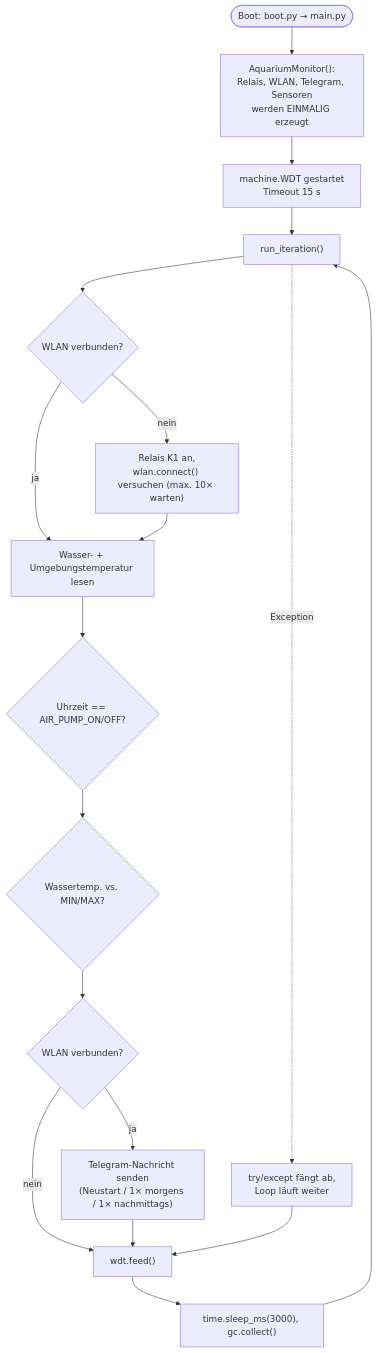
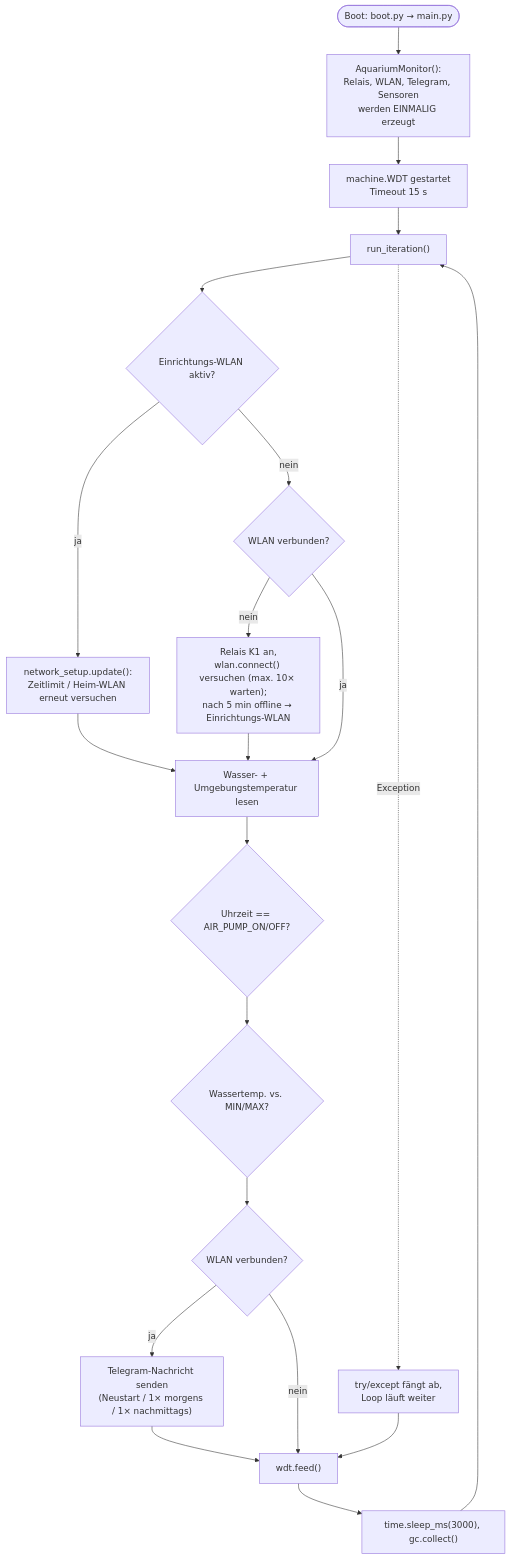
One commit to michael-mammut/temperatur-monitoring changed the second of 4 diagrams in README.md. Above: the diagram before and after it, drawn with Mermaid. The commit also changed other lines of this file and 29 other files, not shown here.

First line of the commit message:
Einrichtungs-WLAN, Telegram-Zeitlimit, Speicher-Fixes für ESP32 ohne PSRAM

````diff
--- a/README.md
+++ b/README.md
@@ -42,21 +42,24 @@
 ```mermaid
 flowchart TD
     Boot(["Boot: boot.py → main.py"]) --> Init["AquariumMonitor():<br/>Relais, WLAN, Telegram, Sensoren<br/>werden EINMALIG erzeugt"]
     Init --> WDT["machine.WDT gestartet<br/>Timeout 15 s"]
     WDT --> Loop["run_iteration()"]
 
-    Loop --> WifiCheck{"WLAN verbunden?"}
-    WifiCheck -- nein --> Reconnect["Relais K1 an,<br/>wlan.connect() versuchen (max. 10× warten)"]
+    Loop --> SetupCheck{"Einrichtungs-WLAN aktiv?"}
+    SetupCheck -- ja --> SetupUpdate["network_setup.update():<br/>Zeitlimit / Heim-WLAN erneut versuchen"]
+    SetupCheck -- nein --> WifiCheck{"WLAN verbunden?"}
+    WifiCheck -- nein --> Reconnect["Relais K1 an,<br/>wlan.connect() versuchen (max. 10× warten);<br/>nach 5 min offline → Einrichtungs-WLAN"]
     WifiCheck -- ja --> Read
+    SetupUpdate --> Read
     Reconnect --> Read["Wasser- + Umgebungstemperatur lesen"]
 
     Read --> Pump{"Uhrzeit == AIR_PUMP_ON/OFF?"}
     Pump --> Fan{"Wassertemp. vs. MIN/MAX?"}
     Fan --> Send{"WLAN verbunden?"}
     Send -- ja --> Notify["Telegram-Nachricht senden<br/>(Neustart / 1× morgens / 1× nachmittags)"]
     Send -- nein --> Feed
     Notify --> Feed["wdt.feed()"]
 
     Loop -. Exception .-> Caught["try/except fängt ab,<br/>Loop läuft weiter"] --> Feed
     Feed --> Sleep["time.sleep_ms(3000), gc.collect()"] --> Loop
 ```
````
